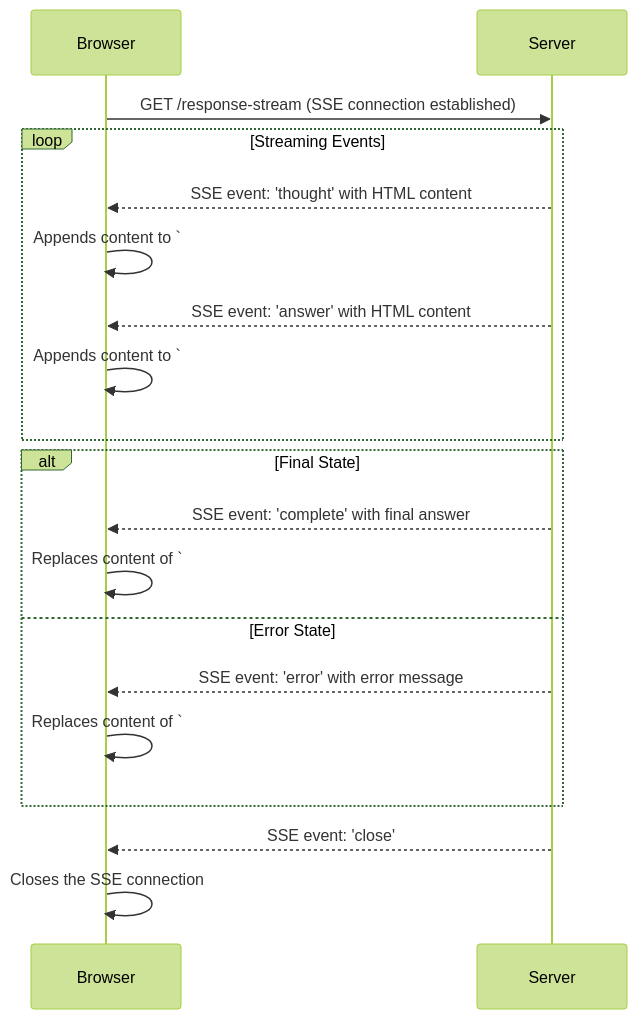
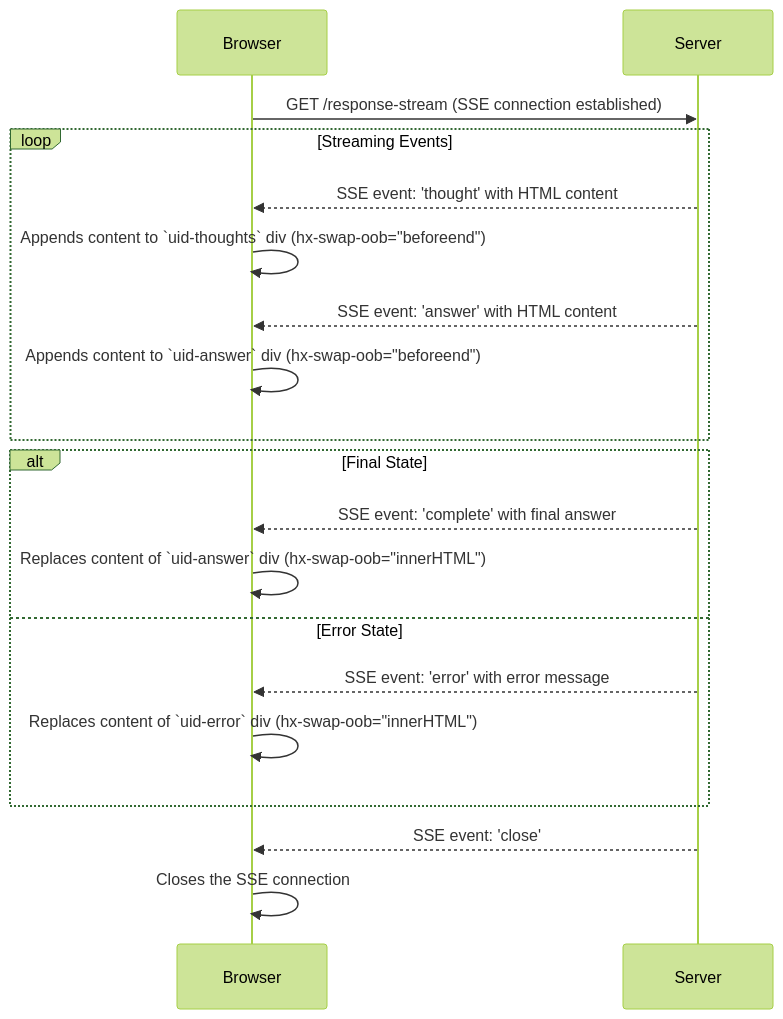
The second of 2 diagrams in example/165_fasthtml_sse_genai/README.md (plops/cl-py-generator), drawn with Mermaid (forest theme) before and after one commit. The commit also changed other lines of this file, not shown here.

Commit message:
docs: update README with clearer element references in sequence diagrams

````diff
--- a/example/165_fasthtml_sse_genai/README.md
+++ b/example/165_fasthtml_sse_genai/README.md
@@ -42,25 +42,25 @@
 ```mermaid
 sequenceDiagram
     participant Browser
     participant Server
 
     Browser->>Server: GET /response-stream (SSE connection established)
     loop Streaming Events
         Server-->>Browser: SSE event: 'thought' with HTML content
-        Browser->>Browser: Appends content to `#uid-thoughts` div (hx-swap-oob="beforeend")
+        Browser->>Browser: Appends content to `uid-thoughts` div (hx-swap-oob="beforeend")
 
         Server-->>Browser: SSE event: 'answer' with HTML content
-        Browser->>Browser: Appends content to `#uid-answer` div (hx-swap-oob="beforeend")
+        Browser->>Browser: Appends content to `uid-answer` div (hx-swap-oob="beforeend")
     end
 
     alt Final State
         Server-->>Browser: SSE event: 'complete' with final answer
-        Browser->>Browser: Replaces content of `#uid-answer` div (hx-swap-oob="innerHTML")
+        Browser->>Browser: Replaces content of `uid-answer` div (hx-swap-oob="innerHTML")
     else Error State
         Server-->>Browser: SSE event: 'error' with error message
-        Browser->>Browser: Replaces content of `#uid-error` div (hx-swap-oob="innerHTML")
+        Browser->>Browser: Replaces content of `uid-error` div (hx-swap-oob="innerHTML")
     end
 
     Server-->>Browser: SSE event: 'close'
     Browser->>Browser: Closes the SSE connection
 ```
````
